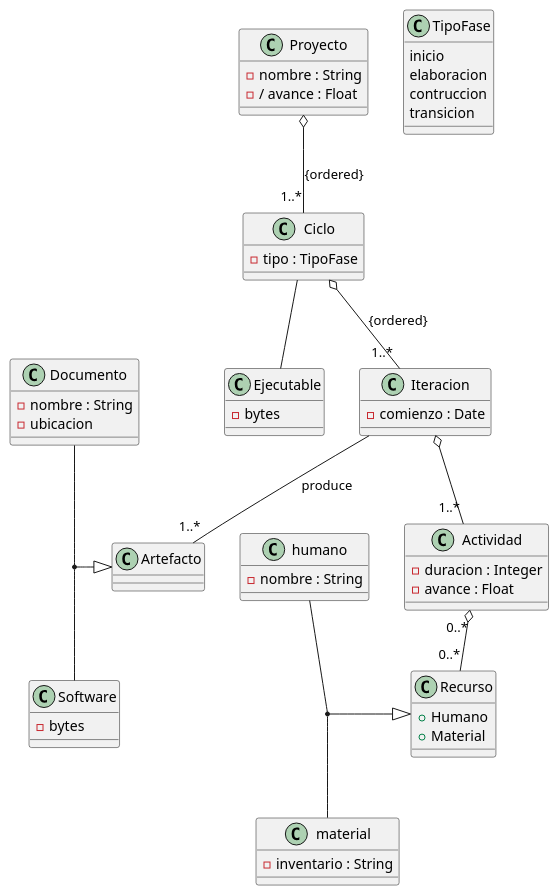
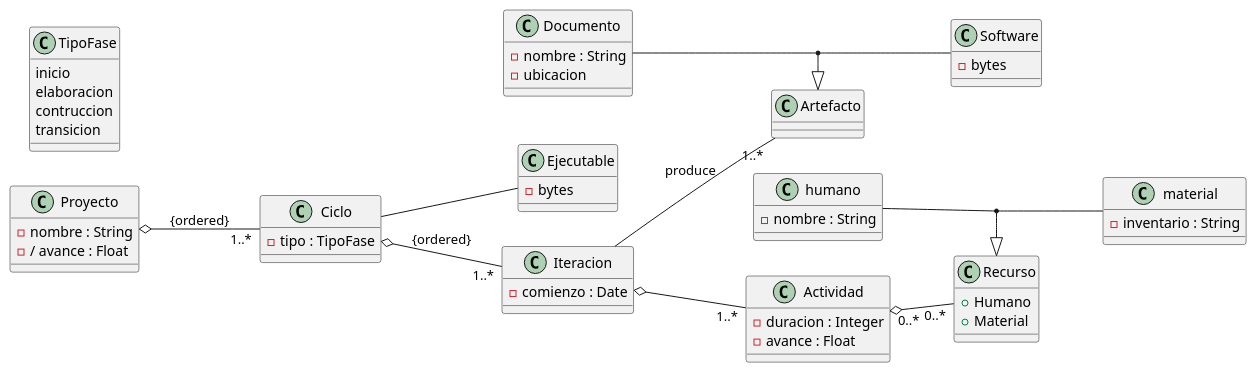
The seventh of 11 diagrams in homeworkOne/README.md (SandraLucioni/EntornosDeDesarrollo), drawn with PlantUML before and after one commit. The commit also changed other lines of this file and 1 other file, not shown here.

````diff
--- a/homeworkOne/README.md
+++ b/homeworkOne/README.md
@@ -596,59 +609,62 @@
 ```plantuml
-@startuml
-'https://plantuml.com/class-diagram
+@startuml taller
+'https://plantuml.com/es/use-case-diagram
+
+left to right direction
+skinparam packageStyle rectangle
 
 class Proyecto{
 -nombre : String
 - / avance : Float
 }
 class Ejecutable{
 -bytes
 }
 class Ciclo{
 -tipo : TipoFase
 }
 class TipoFase{
 inicio
 elaboracion
 contruccion
 transicion
 }
 class Iteracion{
 -comienzo : Date
 }
 class Artefacto{
 
 }
 class Documento{
 -nombre : String
 -ubicacion
 }
 class Software{
 -bytes
 }
 class Actividad{
 -duracion : Integer
 -avance : Float
 }
 class Recurso{
 +Humano
 +Material
 }
 class humano{
 -nombre : String
 }
 class material{
 -inventario : String
 }
 
 Proyecto o-- "1..*"Ciclo : {ordered}
 Ciclo -- Ejecutable
 Ciclo o-- "1..*" Iteracion : {ordered}
 Iteracion -- "1..*" Artefacto : produce
 (Documento, Software) --|> Artefacto
 Iteracion o-- "1..*" Actividad
 Actividad"0..*" o-- "0..*" Recurso
 (humano, material) --|> Recurso
 
 @enduml
 ```
````
